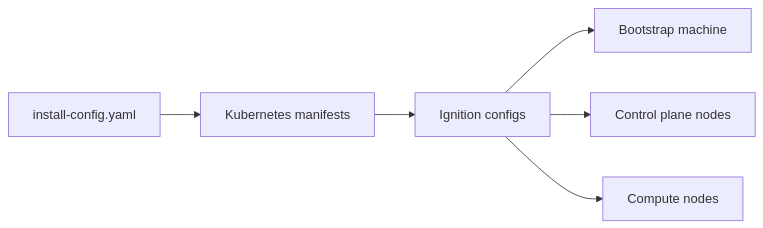
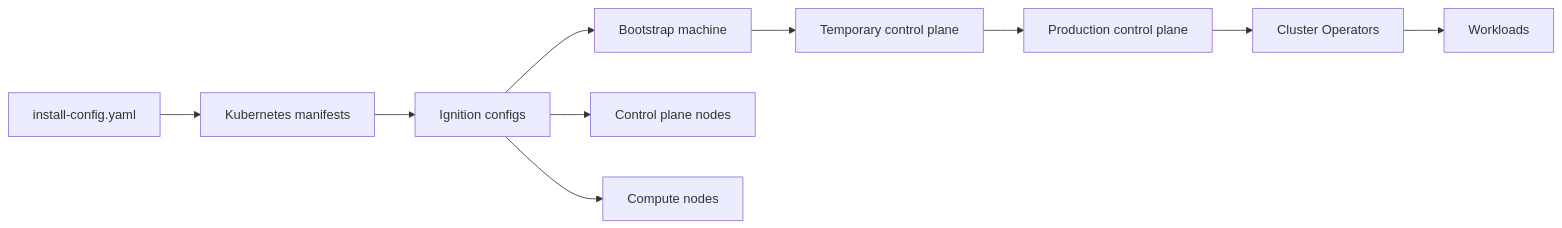
One commit to omer-vishlitzky/openshift-the-hard-way changed the diagram in stages/03-architecture-map/README.md. Above: the diagram before and after it, drawn with Mermaid. The commit also changed other lines of this file, not shown here.

Commit message:
stage03: deepen architecture map

````diff
--- a/stages/03-architecture-map/README.md
+++ b/stages/03-architecture-map/README.md
@@ -28,8 +21,12 @@
 ```mermaid
 flowchart LR
   A[install-config.yaml] --> B[Kubernetes manifests]
   B --> C[Ignition configs]
   C --> D[Bootstrap machine]
   C --> E[Control plane nodes]
   C --> F[Compute nodes]
+  D --> G[Temporary control plane]
+  G --> H[Production control plane]
+  H --> I[Cluster Operators]
+  I --> J[Workloads]
 ```
````
